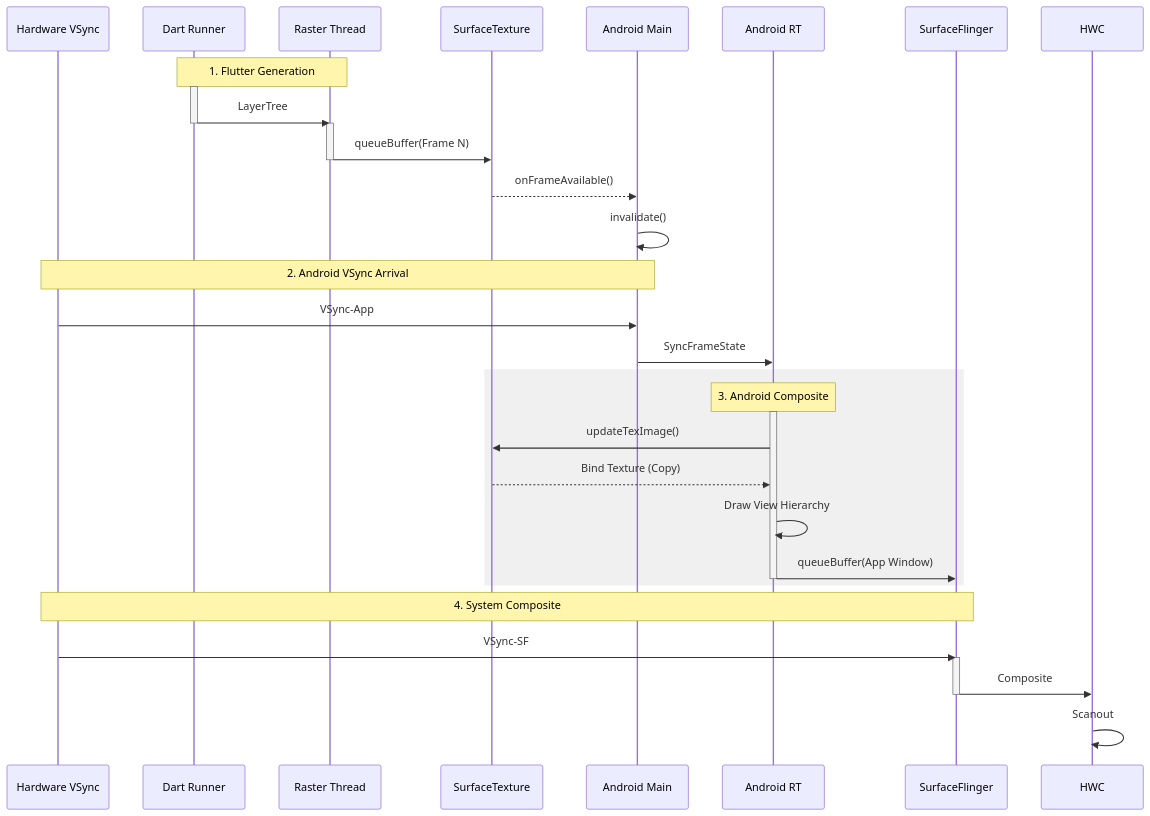
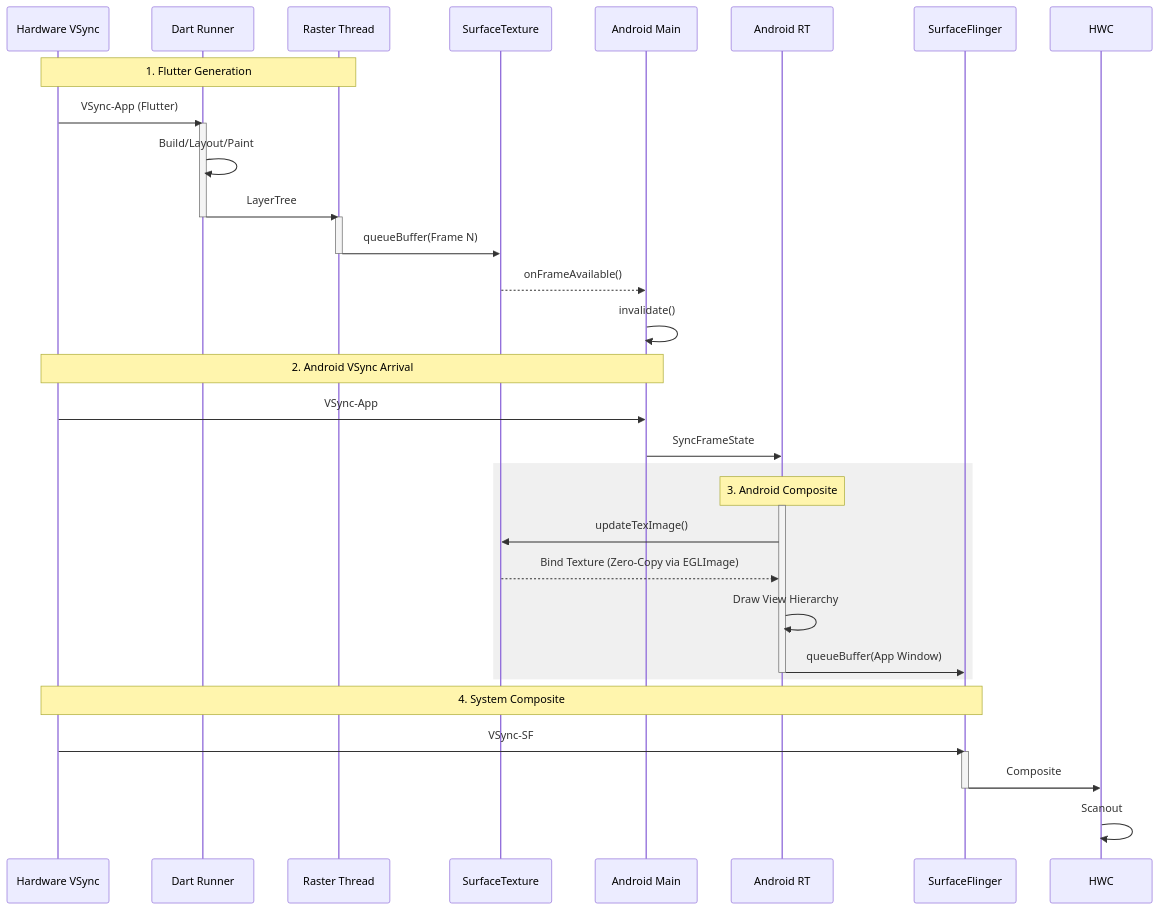
One commit to Gracker/SmartPerfetto changed the diagram in docs/rendering_pipelines/flutter_textureview.md. Above: the diagram before and after it, drawn with Mermaid. The commit also changed other lines of this file and 78 other files, not shown here.

````diff
--- a/docs/rendering_pipelines/flutter_textureview.md
+++ b/docs/rendering_pipelines/flutter_textureview.md
@@ -41,49 +41,51 @@
 ```mermaid
 sequenceDiagram
     participant HW as Hardware VSync
     participant Dart as Dart Runner
     participant Raster as Raster Thread
     participant ST as SurfaceTexture
     participant Main as Android Main
     participant RT as Android RT
     participant SF as SurfaceFlinger
     participant HWC as HWC
 
-    %% 1. Flutter Produce
-    Note over Dart, Raster: 1. Flutter Generation
+    %% 1. Flutter Produce (VSync 驱动)
+    Note over HW, Raster: 1. Flutter Generation
+    HW->>Dart: VSync-App (Flutter)
     activate Dart
+    Dart->>Dart: Build/Layout/Paint
     Dart->>Raster: LayerTree
     deactivate Dart
     activate Raster
     Raster->>ST: queueBuffer(Frame N)
     deactivate Raster
     
     %% 2. Callback
     ST-->>Main: onFrameAvailable()
     Main->>Main: invalidate()
     
     %% 3. Android VSync
     Note over HW, Main: 2. Android VSync Arrival
     HW->>Main: VSync-App
     Main->>RT: SyncFrameState
     
     %% 4. Android Render
     rect rgb(240, 240, 240)
         Note over RT: 3. Android Composite
         activate RT
         RT->>ST: updateTexImage()
-        ST-->>RT: Bind Texture (Copy)
+        ST-->>RT: Bind Texture (Zero-Copy via EGLImage)
         RT->>RT: Draw View Hierarchy
         RT->>SF: queueBuffer(App Window)
         deactivate RT
     end
     
     %% 5. System Composite
     Note over HW, SF: 4. System Composite
     HW->>SF: VSync-SF
     activate SF
     SF->>HWC: Composite
     deactivate SF
     
     HWC->>HWC: Scanout
 ```
````
